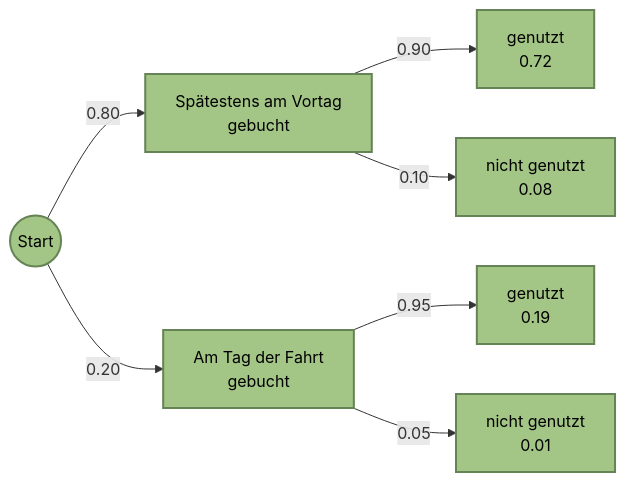
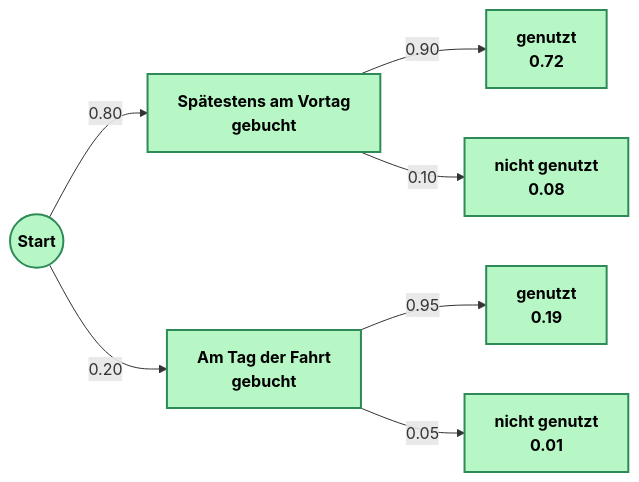
The diagram in examples/naturparktouristen.mdx (Deniz467/docs), drawn with Mermaid before and after one commit. The commit also changed other lines of this file, not shown here.

````diff
--- a/examples/naturparktouristen.mdx
+++ b/examples/naturparktouristen.mdx
@@ -114,15 +114,15 @@
     ```mermaid
     graph LR
-      classDef green fill:#a3c585,stroke:#658354,stroke-width:2px,color:#000;
+      classDef green fill:#b7f7c5,stroke:#2e8b57,stroke-width:2px,color:#000,font-weight:bold;
     
       Start((Start)):::green
     
       Start -->|0.80| BV[Spätestens am Vortag<br>gebucht]:::green
       Start -->|0.20| BT[Am Tag der Fahrt<br>gebucht]:::green
     
       BV -->|0.90| BV_G[genutzt<br>0.72]:::green
       BV -->|0.10| BV_N[nicht genutzt<br>0.08]:::green
     
       BT -->|0.95| BT_G[genutzt<br>0.19]:::green
       BT -->|0.05| BT_N[nicht genutzt<br>0.01]:::green
     ```
````
